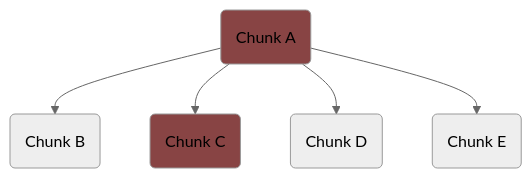
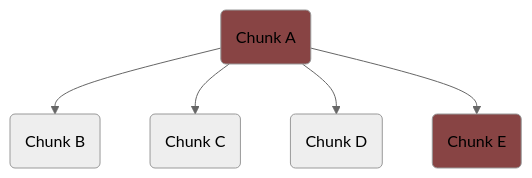
Before and after one commit to microsoft/FluidFramework: the seventh of 26 diagrams in packages/dds/tree/docs/wip/treeStorage.md, drawn with Mermaid (neutral theme). The commit also changed other lines of this file, not shown here.

````diff
--- a/packages/dds/tree/docs/wip/treeStorage.md
+++ b/packages/dds/tree/docs/wip/treeStorage.md
@@ -206,14 +193,14 @@
 ```mermaid
 graph TD;
     A(Chunk A)
     B(Chunk B)
     C(Chunk C)
     D(Chunk D)
     E(Chunk E)
     A-->B
     A-->C
     A-->D
     A-->E
     style A fill:#844
-    style C fill:#844
+    style E fill:#844
 ```
````
